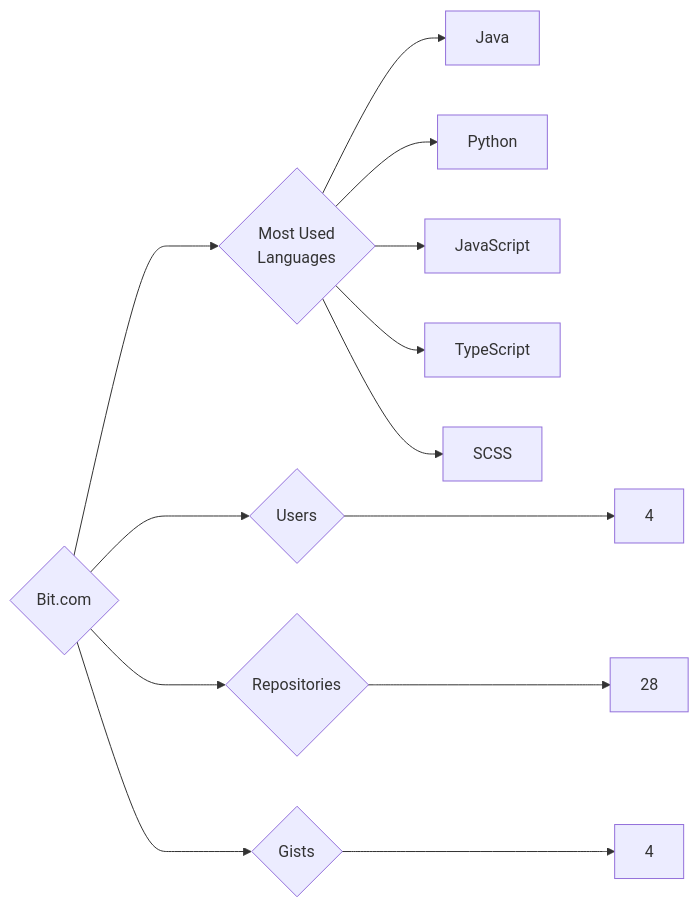
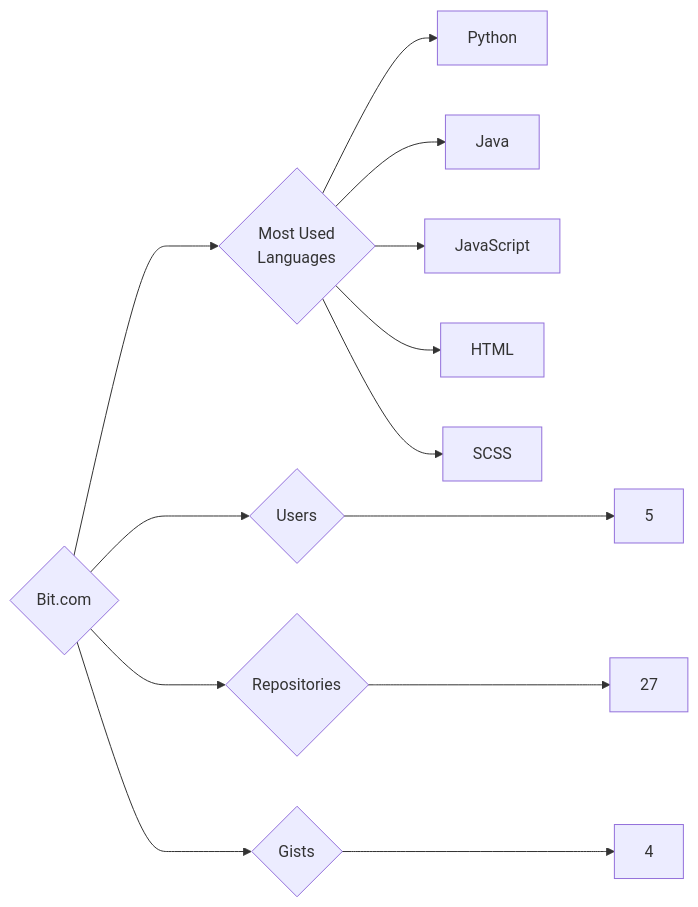
The diagram in targets/Bit.com/README.md (trickest/insiders), drawn with Mermaid before and after one commit. The commit also changed 783 other files, not shown here.

````diff
--- a/targets/Bit.com/README.md
+++ b/targets/Bit.com/README.md
@@ -3,13 +3,13 @@
 ```mermaid
 graph LR
 COMPANY_NAME{Bit.com}
-COMPANY_NAME ---> U{Users} ---> UN[4]
-COMPANY_NAME ---> R{Repositories} ---> RN[28]
+COMPANY_NAME ---> U{Users} ---> UN[5]
+COMPANY_NAME ---> R{Repositories} ---> RN[27]
 COMPANY_NAME ---> G{Gists} ---> GN[4]
 COMPANY_NAME ---> ML{Most Used<br>Languages}
+ML --> Python[Python]
 ML --> Java[Java]
-ML --> Python[Python]
 ML --> JavaScript[JavaScript]
-ML --> TypeScript[TypeScript]
+ML --> HTML[HTML]
 ML --> SCSS[SCSS]
 ```
````
